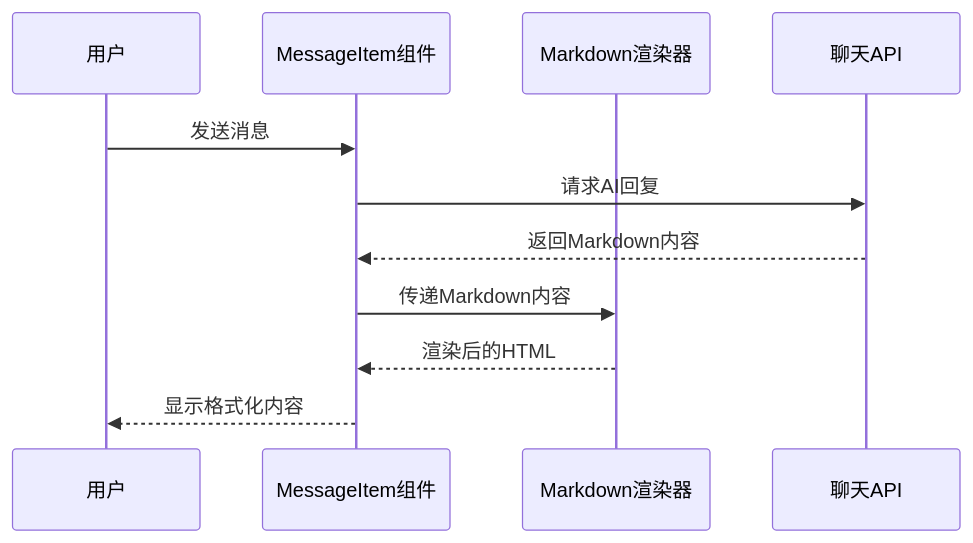
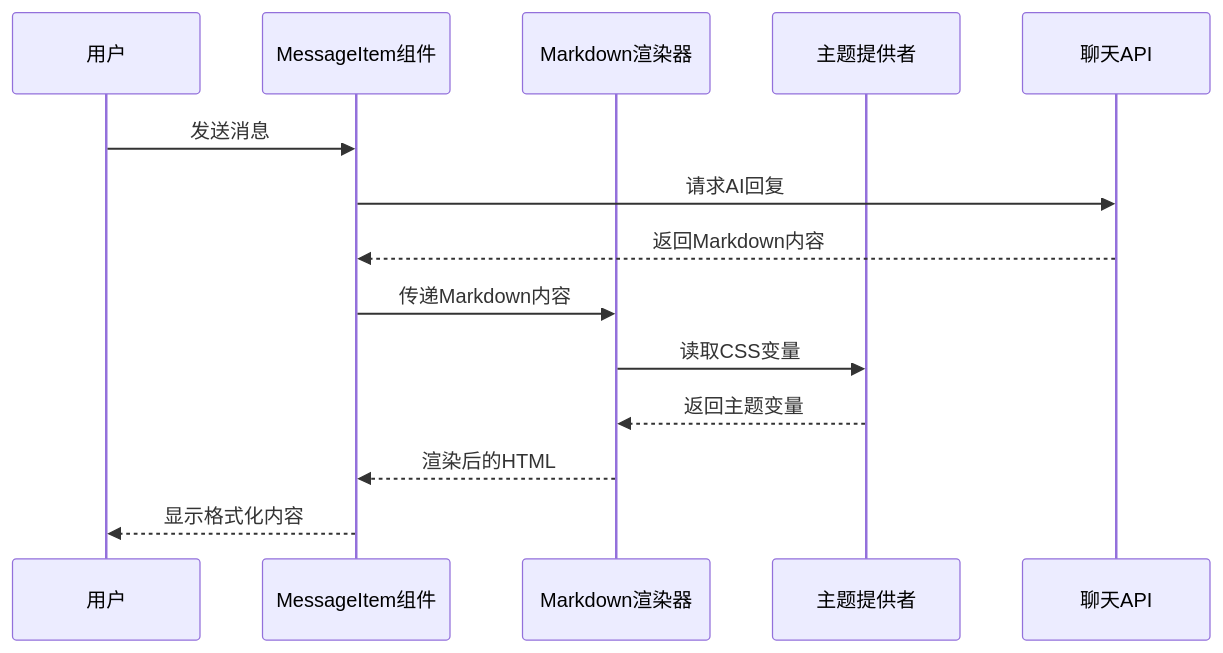
The second of 9 diagrams in .qoder/repowiki/zh/content/项目概述/整体架构概览/Web应用程序/Markdown渲染功能.md (CryptoLinxu/Web3-AI-Agent), drawn with Mermaid before and after one commit. The commit also changed other lines of this file and 11 other files, not shown here.

````diff
--- a/.qoder/repowiki/zh/content/项目概述/整体架构概览/Web应用程序/Markdown渲染功能.md
+++ b/.qoder/repowiki/zh/content/项目概述/整体架构概览/Web应用程序/Markdown渲染功能.md
@@ -101,13 +133,16 @@
 ```mermaid
 sequenceDiagram
 participant User as 用户
 participant MessageItem as MessageItem组件
 participant MarkdownRenderer as Markdown渲染器
+participant ThemeProvider as 主题提供者
 participant API as 聊天API
 User->>MessageItem : 发送消息
 MessageItem->>API : 请求AI回复
 API-->>MessageItem : 返回Markdown内容
 MessageItem->>MarkdownRenderer : 传递Markdown内容
+MarkdownRenderer->>ThemeProvider : 读取CSS变量
+ThemeProvider-->>MarkdownRenderer : 返回主题变量
 MarkdownRenderer-->>MessageItem : 渲染后的HTML
 MessageItem-->>User : 显示格式化内容
 ```
````
